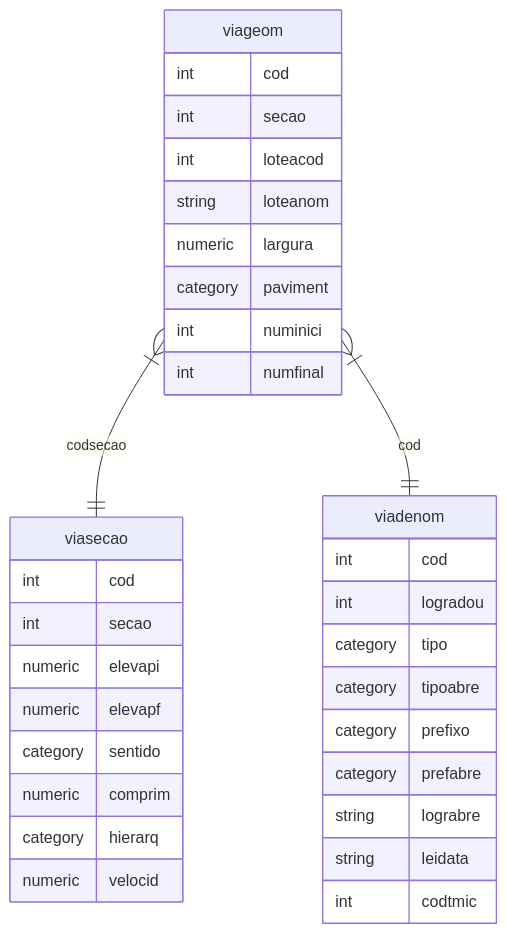
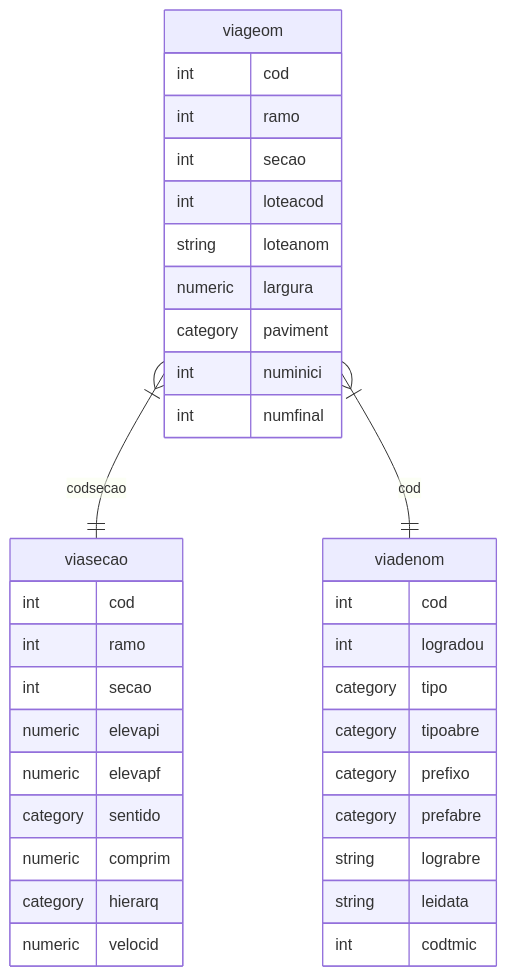
One commit to jaceguay/notes changed the diagram in urb/sistema_viario.md. Above: the diagram before and after it, drawn with Mermaid. The commit also changed other lines of this file and 2 other files, not shown here.

````diff
--- a/urb/sistema_viario.md
+++ b/urb/sistema_viario.md
@@ -3,36 +3,38 @@
 ```mermaid
 erDiagram
    viageom }|--|| viasecao : codsecao
    viageom {
        int cod
+       int ramo
        int secao
        int loteacod
        string loteanom
        numeric largura
        category paviment
        int numinici
        int numfinal
    }
    viasecao {
        int cod
+       int ramo
        int secao
        numeric elevapi
        numeric elevapf
        category sentido
        numeric comprim
        category hierarq
        numeric velocid
    }
    viageom }|--|| viadenom : cod
    viadenom {
        int cod
        int logradou
        category tipo
        category tipoabre
        category prefixo
        category prefabre
        string lograbre
        string leidata
        int codtmic
    }
 ```
````
